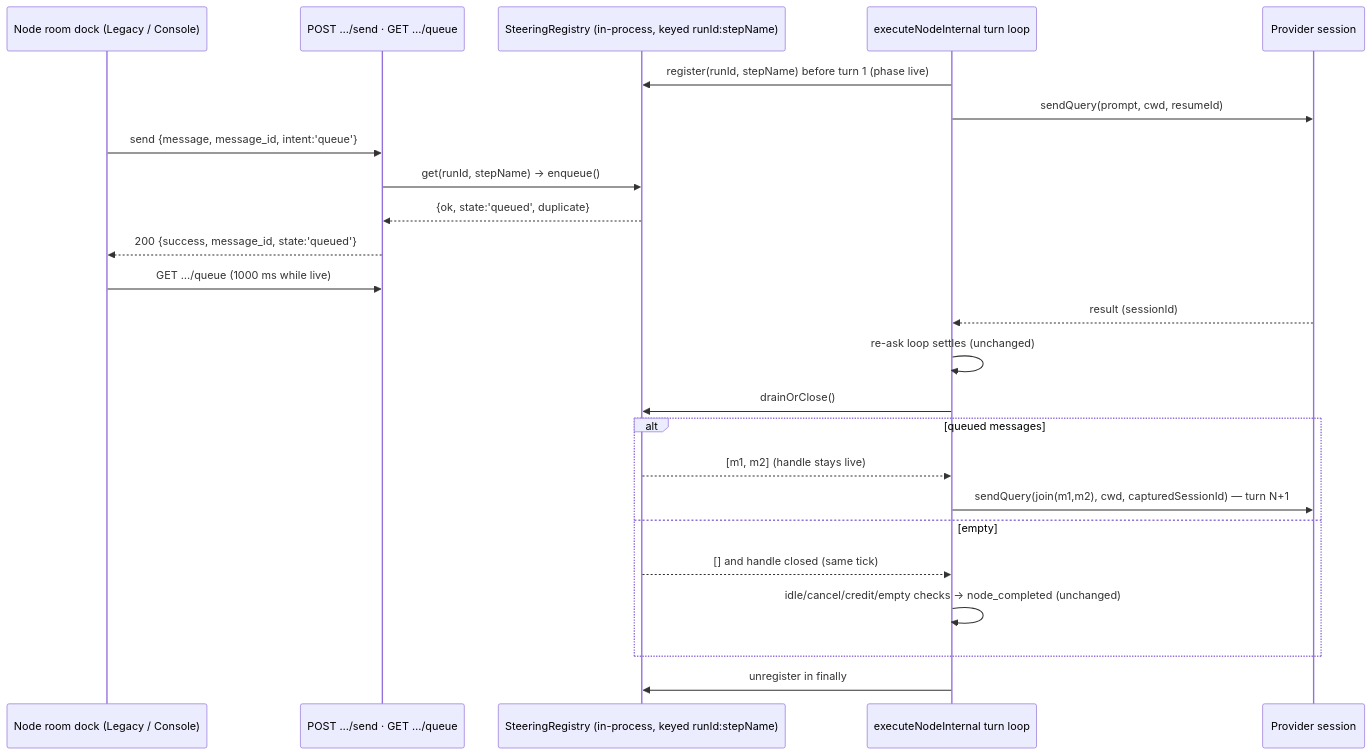
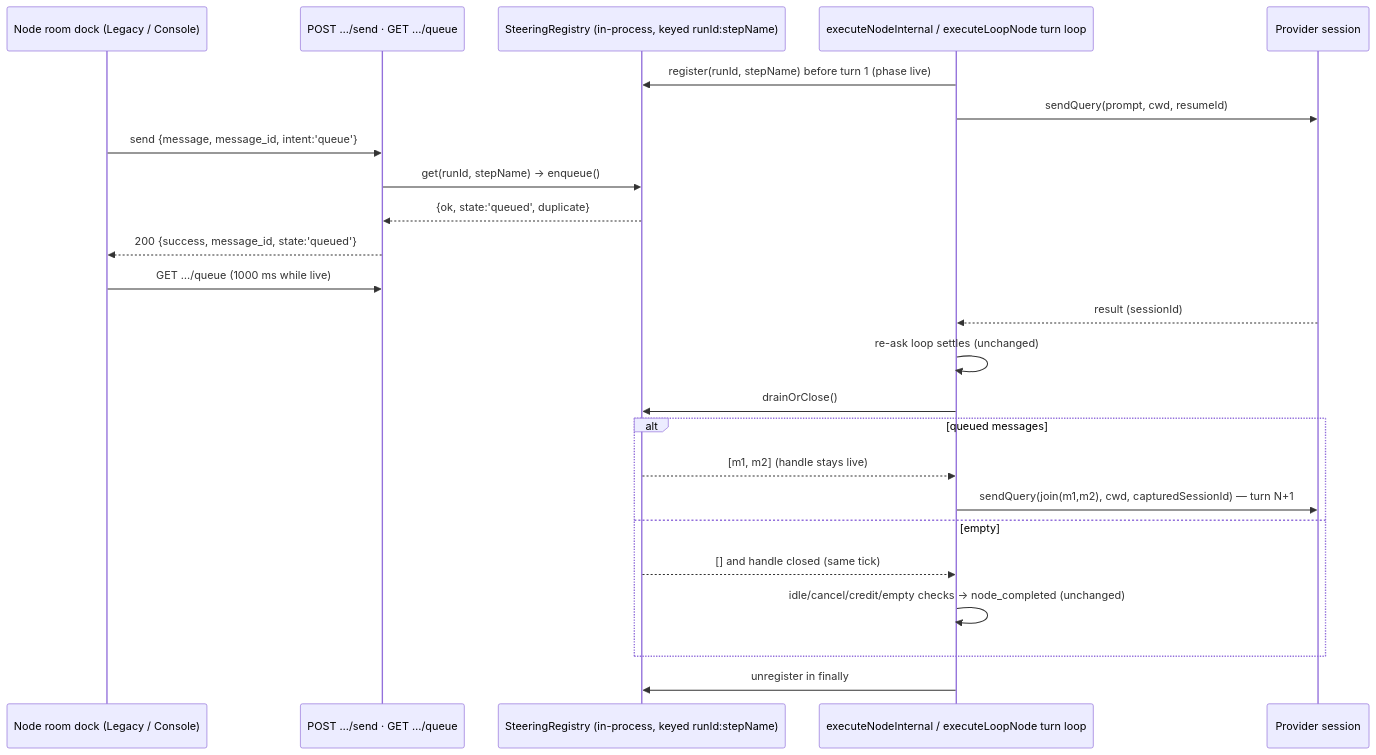
Before and after one commit to kevinle128/Archon: the diagram in plans/260918-1721-issue-181-queue-guidance-for-running-agent/plan.md, drawn with Mermaid. The commit also changed other lines of this file and 3 other files, not shown here.

````diff
--- a/plans/260918-1721-issue-181-queue-guidance-for-running-agent/plan.md
+++ b/plans/260918-1721-issue-181-queue-guidance-for-running-agent/plan.md
@@ -70,27 +70,27 @@
 ```mermaid
 sequenceDiagram
   participant UI as Node room dock (Legacy / Console)
   participant API as POST …/send · GET …/queue
   participant REG as SteeringRegistry (in-process, keyed runId:stepName)
-  participant EX as executeNodeInternal turn loop
+  participant EX as executeNodeInternal / executeLoopNode turn loop
   participant P as Provider session
 
   EX->>REG: register(runId, stepName) before turn 1 (phase live)
   EX->>P: sendQuery(prompt, cwd, resumeId)
   UI->>API: send {message, message_id, intent:'queue'}
   API->>REG: get(runId, stepName) → enqueue()
   REG-->>API: {ok, state:'queued', duplicate}
   API-->>UI: 200 {success, message_id, state:'queued'}
   UI->>API: GET …/queue (1000 ms while live)
   P-->>EX: result (sessionId)
   EX->>EX: re-ask loop settles (unchanged)
   EX->>REG: drainOrClose()
   alt queued messages
     REG-->>EX: [m1, m2] (handle stays live)
     EX->>P: sendQuery(join(m1,m2), cwd, capturedSessionId)  — turn N+1
   else empty
     REG-->>EX: [] and handle closed (same tick)
     EX->>EX: idle/cancel/credit/empty checks → node_completed (unchanged)
   end
   EX->>REG: unregister in finally
 ```
````
